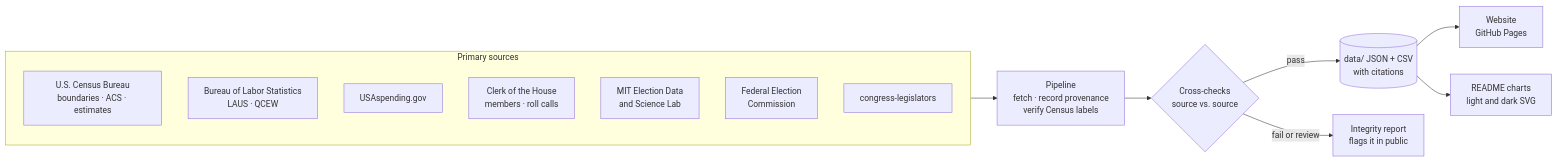
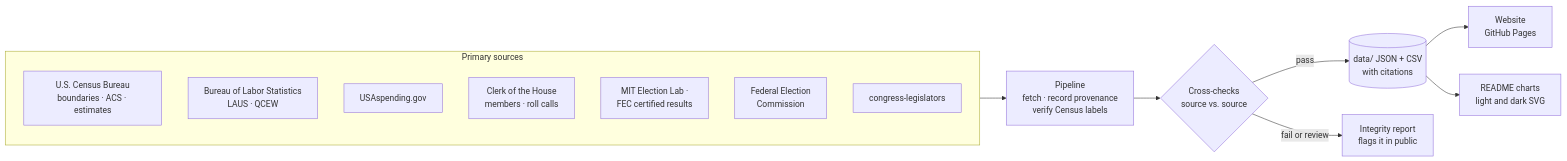
One commit to tjnorman/wi7-atlas changed the diagram in docs/README.template.md. Above: the diagram before and after it, drawn with Mermaid. The commit also changed other lines of this file and 10 other files, not shown here.

````diff
--- a/docs/README.template.md
+++ b/docs/README.template.md
@@ -112,19 +112,19 @@
 ```mermaid
 flowchart LR
   subgraph S["Primary sources"]
     direction TB
     C["U.S. Census Bureau<br/>boundaries · ACS · estimates"]
     B["Bureau of Labor Statistics<br/>LAUS · QCEW"]
     U["USAspending.gov"]
     H["Clerk of the House<br/>members · roll calls"]
-    M["MIT Election Data<br/>and Science Lab"]
+    M["MIT Election Lab ·<br/>FEC certified results"]
     F["Federal Election<br/>Commission"]
     L["congress-legislators"]
   end
   S --> P["Pipeline<br/>fetch · record provenance<br/>verify Census labels"]
   P --> X{"Cross-checks<br/>source vs. source"}
   X -->|pass| D[("data/ JSON + CSV<br/>with citations")]
   X -->|fail or review| I["Integrity report<br/>flags it in public"]
   D --> W["Website<br/>GitHub Pages"]
   D --> R["README charts<br/>light and dark SVG"]
 ```
````
